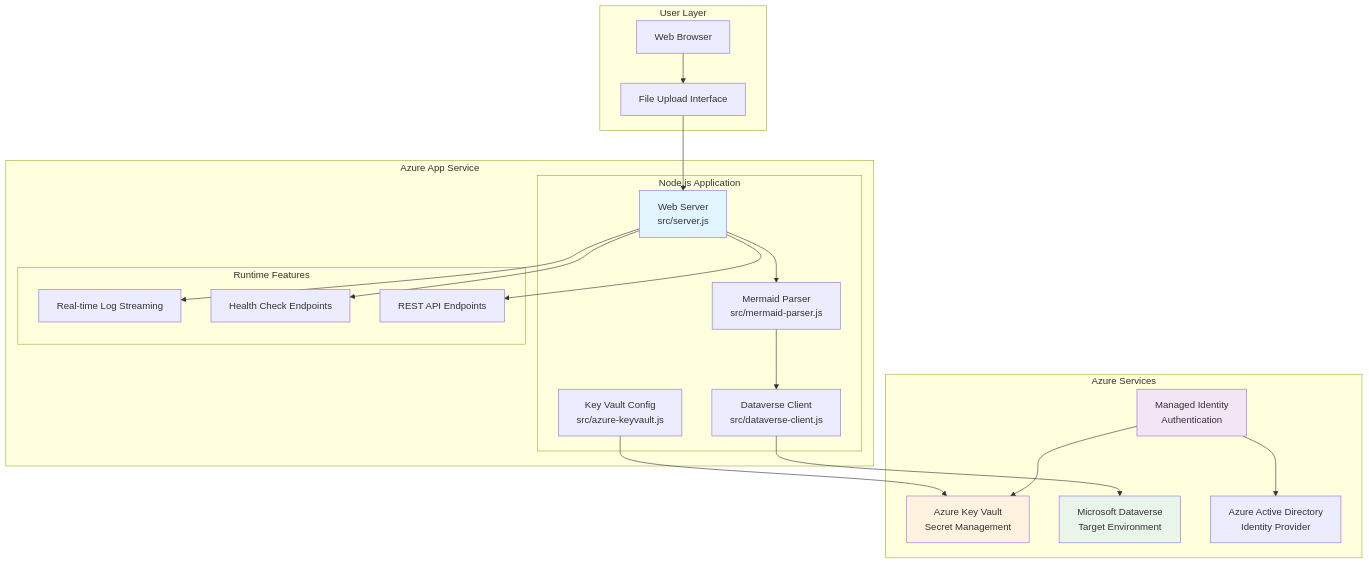
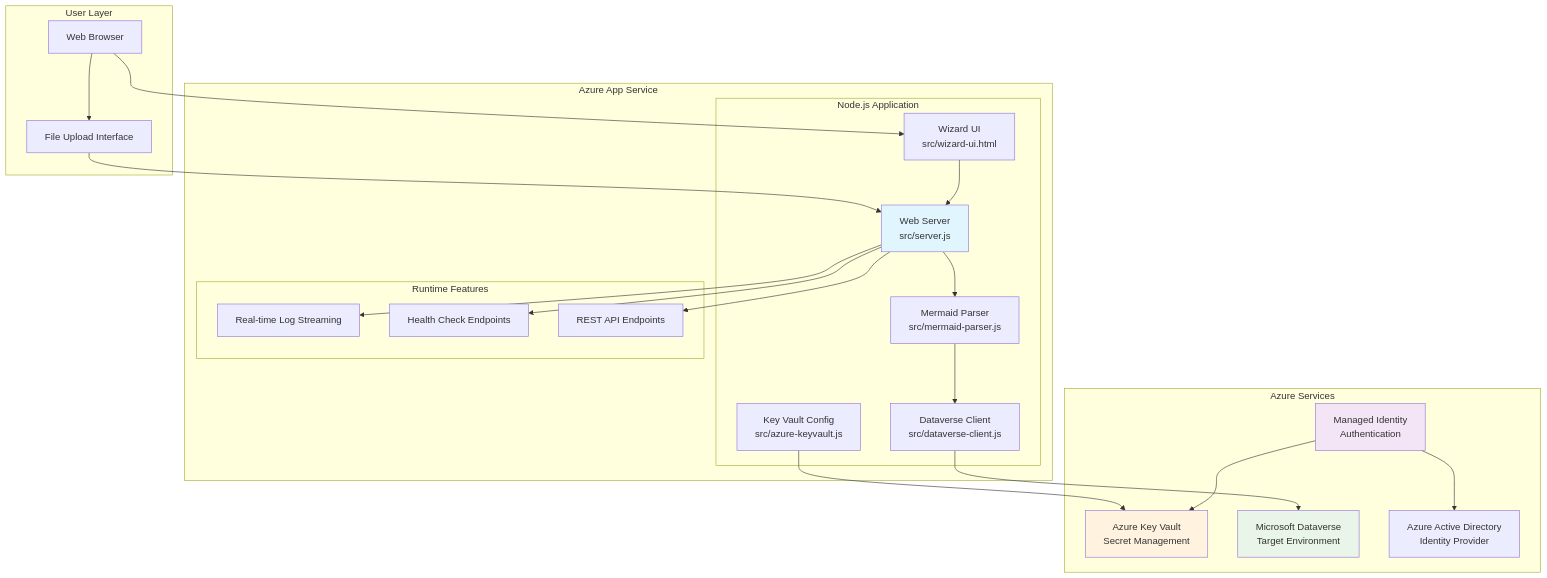
Before and after one commit to LuiseFreese/mermaid: the first of 11 diagrams in docs/DEVELOPER.md, drawn with Mermaid. The commit also changed other lines of this file and 33 other files, not shown here.

````diff
--- a/docs/DEVELOPER.md
+++ b/docs/DEVELOPER.md
@@ -31,47 +39,50 @@
 ```mermaid
 graph TB
     subgraph "User Layer"
         USER[Web Browser]
         UPLOAD[File Upload Interface]
     end
     
     subgraph "Azure App Service"
         subgraph "Node.js Application"
             SERVER[Web Server<br/>src/server.js]
+            WIZARD[Wizard UI<br/>src/wizard-ui.html]
             PARSER[Mermaid Parser<br/>src/mermaid-parser.js]
             CLIENT[Dataverse Client<br/>src/dataverse-client.js]
             VAULT[Key Vault Config<br/>src/azure-keyvault.js]
         end
         
         subgraph "Runtime Features"
             LOGS[Real-time Log Streaming]
             HEALTH[Health Check Endpoints]
             API[REST API Endpoints]
         end
     end
     
     subgraph "Azure Services"
         KV[Azure Key Vault<br/>Secret Management]
         MI[Managed Identity<br/>Authentication]
         DV[Microsoft Dataverse<br/>Target Environment]
         AAD[Azure Active Directory<br/>Identity Provider]
     end
     
     USER --> UPLOAD
+    USER --> WIZARD
     UPLOAD --> SERVER
+    WIZARD --> SERVER
     SERVER --> PARSER
     PARSER --> CLIENT
     SERVER --> LOGS
     SERVER --> HEALTH
     SERVER --> API
     
     VAULT --> KV
     MI --> KV
     MI --> AAD
     CLIENT --> DV
     
     style SERVER fill:#e1f5fe
     style KV fill:#fff3e0
     style MI fill:#f3e5f5
     style DV fill:#e8f5e8
 ```
````
